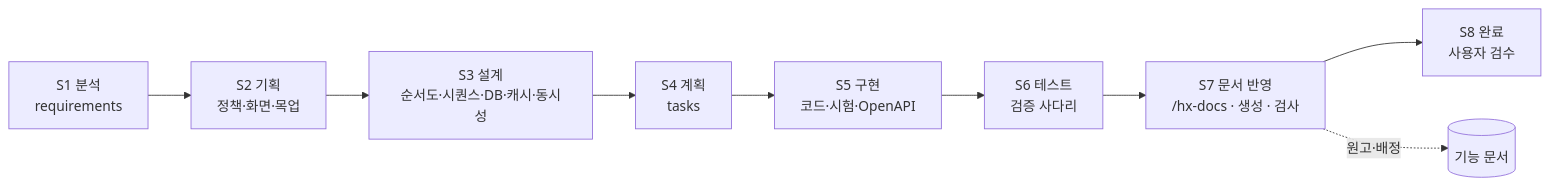
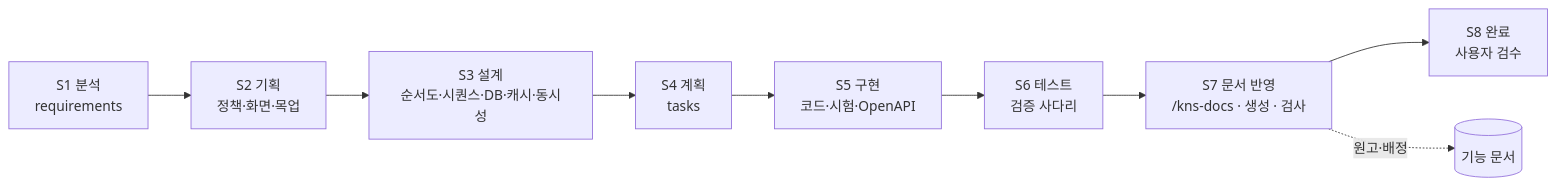
The second of 2 diagrams in packages/templates/common/agents-docs/guides/sdd-pattern.md (pscheol/harness-starter-kit), drawn with Mermaid before and after one commit. The commit also changed 1245 other files, not shown here.

````diff
--- a/packages/templates/common/agents-docs/guides/sdd-pattern.md
+++ b/packages/templates/common/agents-docs/guides/sdd-pattern.md
@@ -18,7 +18,7 @@
 ```mermaid
 flowchart LR
   s1["S1 분석<br/>requirements"] --> s2["S2 기획<br/>정책·화면·목업"] --> s3["S3 설계<br/>순서도·시퀀스·DB·캐시·동시성"]
   s3 --> s4["S4 계획<br/>tasks"] --> s5["S5 구현<br/>코드·시험·OpenAPI"] --> s6["S6 테스트<br/>검증 사다리"]
-  s6 --> s7["S7 문서 반영<br/>/hx-docs · 생성 · 검사"] --> s8["S8 완료<br/>사용자 검수"]
+  s6 --> s7["S7 문서 반영<br/>/kns-docs · 생성 · 검사"] --> s8["S8 완료<br/>사용자 검수"]
   s7 -. 원고·배정 .-> docs[("기능 문서")]
 ```
````
